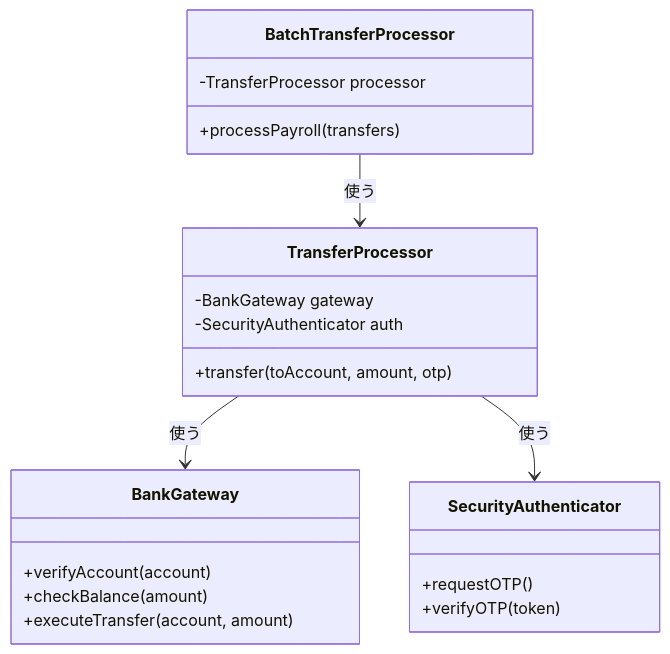
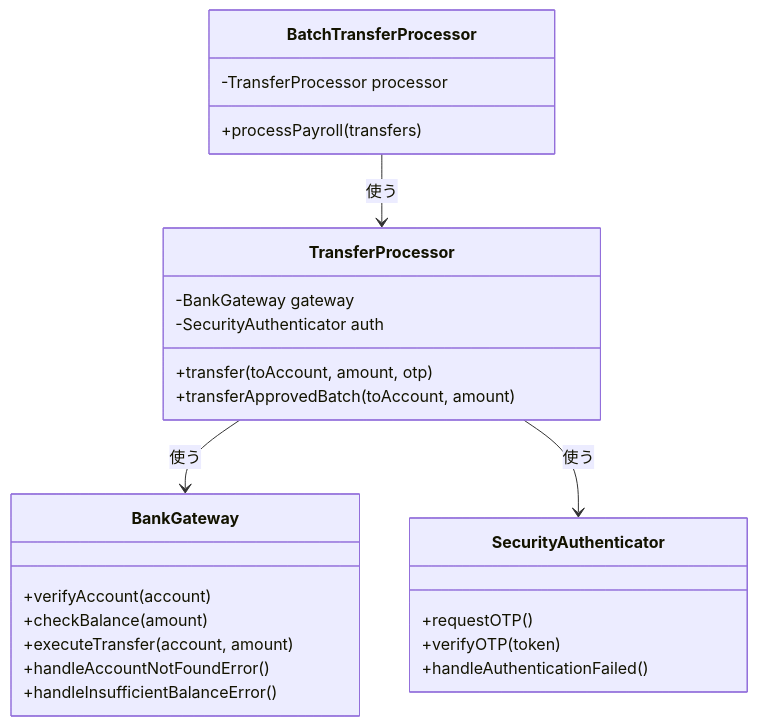
The first of 5 diagrams in kindle/design-patterns/output/chapter02.md (kumachan1101-pixel/DesignPattern), drawn with Mermaid before and after one commit. The commit also changed other lines of this file and 7 other files, not shown here.

````diff
--- a/kindle/design-patterns/output/chapter02.md
+++ b/kindle/design-patterns/output/chapter02.md
@@ -71,25 +71,29 @@
 ```mermaid
 classDiagram
     class BatchTransferProcessor {
         -TransferProcessor processor
         +processPayroll(transfers)
     }
     class TransferProcessor {
         -BankGateway gateway
         -SecurityAuthenticator auth
         +transfer(toAccount, amount, otp)
+        +transferApprovedBatch(toAccount, amount)
     }
     class BankGateway {
         +verifyAccount(account)
         +checkBalance(amount)
         +executeTransfer(account, amount)
+        +handleAccountNotFoundError()
+        +handleInsufficientBalanceError()
     }
     class SecurityAuthenticator {
         +requestOTP()
         +verifyOTP(token)
+        +handleAuthenticationFailed()
     }
 
     BatchTransferProcessor --> TransferProcessor : 使う
     TransferProcessor --> BankGateway : 使う
     TransferProcessor --> SecurityAuthenticator : 使う
 ```
````
